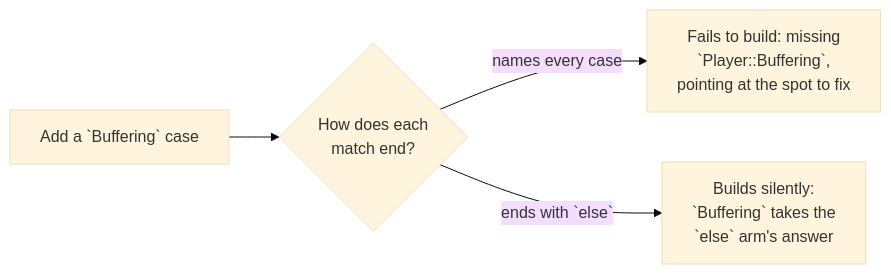
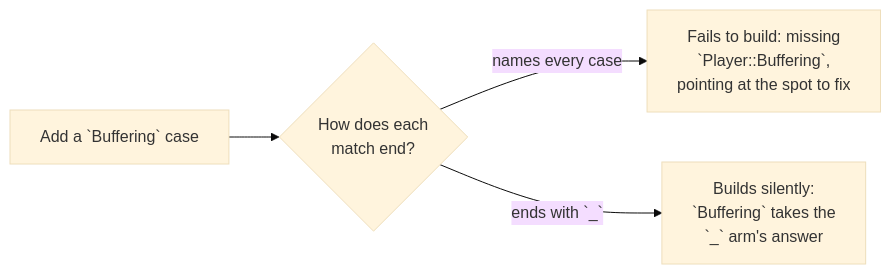
One commit to rux-lang/Web changed the diagram in content/docs/1.learn/07.patterns/06.exhaustive.md. Above: the diagram before and after it, drawn with Mermaid (base theme). The commit also changed other lines of this file and 736 other files, not shown here.

````diff
--- a/content/docs/1.learn/07.patterns/06.exhaustive.md
+++ b/content/docs/1.learn/07.patterns/06.exhaustive.md
@@ -54,6 +54,6 @@
 ```mermaid
 flowchart LR
     add["Add a `Buffering` case"] --> q{"How does each<br/>match end?"}
     q -- "names every case" --> err["Fails to build: missing<br/>`Player::Buffering`,<br/>pointing at the spot to fix"]
-    q -- "ends with `else`" --> quiet["Builds silently:<br/>`Buffering` takes the<br/>`else` arm's answer"]
+    q -- "ends with `_`" --> quiet["Builds silently:<br/>`Buffering` takes the<br/>`_` arm's answer"]
 ```
````
